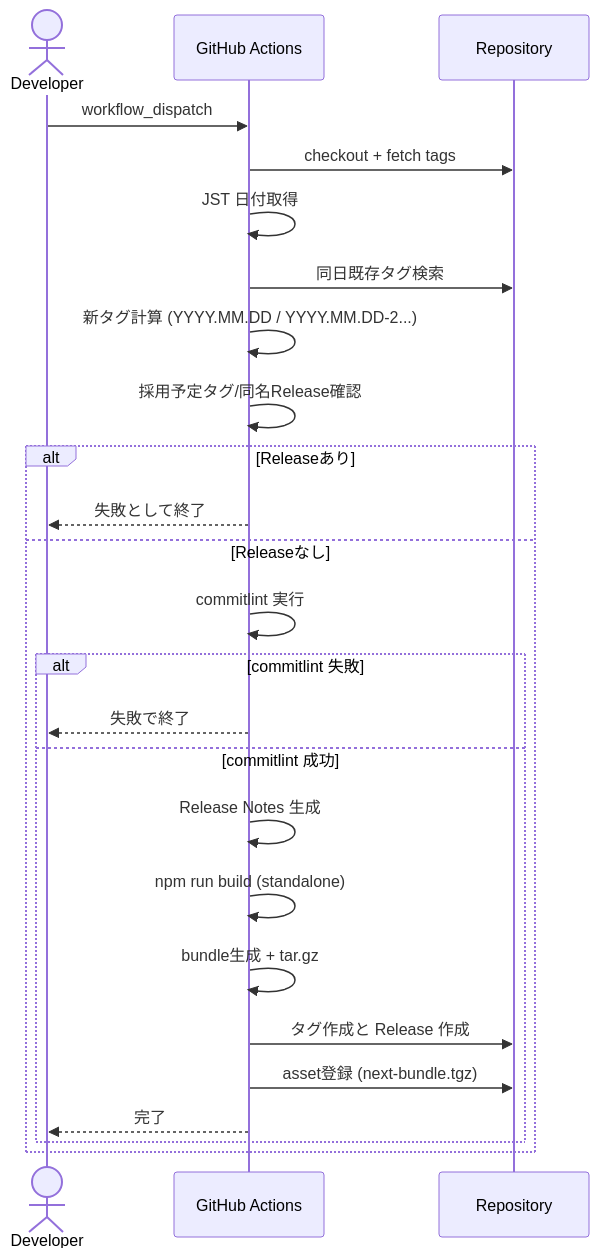
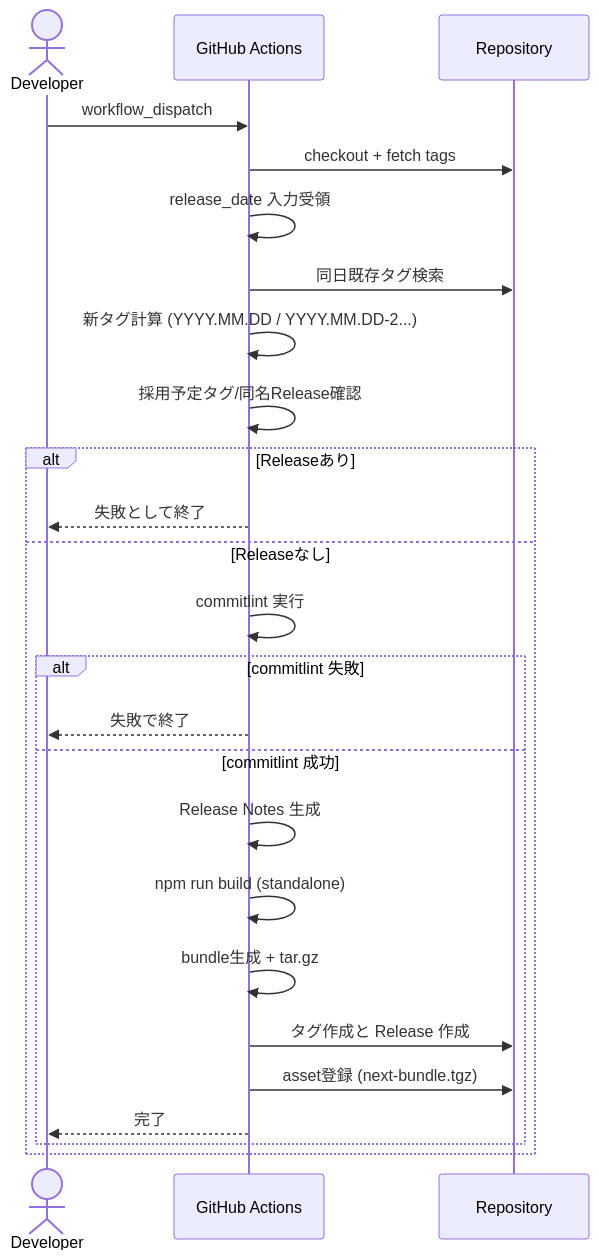
Before and after one commit to LevelCapTech/Agile-PMBOK-Assist: the first of 2 diagrams in .github/copilot/plans/47_github-release-management-implementation-plan.md, drawn with Mermaid. The commit also changed other lines of this file, not shown here.

First line of the commit message:
fix: release_date入力の必須化を明記

````diff
--- a/.github/copilot/plans/47_github-release-management-implementation-plan.md
+++ b/.github/copilot/plans/47_github-release-management-implementation-plan.md
@@ -135,28 +135,28 @@
 ```mermaid
 sequenceDiagram
   actor Dev as Developer
   participant GH as GitHub Actions
   participant Repo as Repository
 
   Dev->>GH: workflow_dispatch
   GH->>Repo: checkout + fetch tags
-  GH->>GH: JST 日付取得
+  GH->>GH: release_date 入力受領
   GH->>Repo: 同日既存タグ検索
   GH->>GH: 新タグ計算 (YYYY.MM.DD / YYYY.MM.DD-2...)
   GH->>GH: 採用予定タグ/同名Release確認
   alt Releaseあり
     GH-->>Dev: 失敗として終了
   else Releaseなし
     GH->>GH: commitlint 実行
     alt commitlint 失敗
       GH-->>Dev: 失敗で終了
     else commitlint 成功
       GH->>GH: Release Notes 生成
       GH->>GH: npm run build (standalone)
       GH->>GH: bundle生成 + tar.gz
       GH->>Repo: タグ作成と Release 作成
       GH->>Repo: asset登録 (next-bundle.tgz)
       GH-->>Dev: 完了
     end
   end
 ```
````
